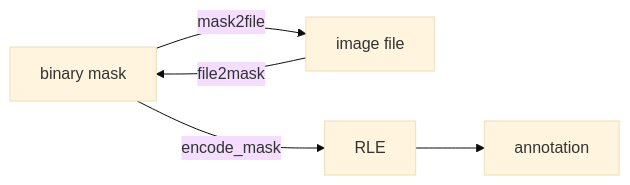
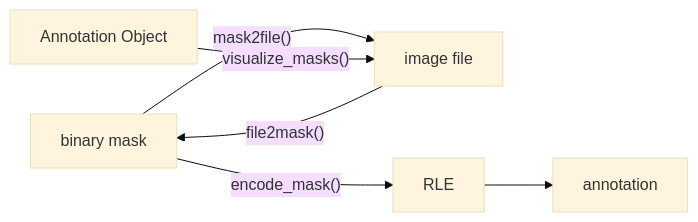
The diagram in README.md (BuckyI/anootation-tools), drawn with Mermaid (base theme) before and after one commit. The commit also changed other lines of this file and 2 other files, not shown here.

````diff
--- a/README.md
+++ b/README.md
@@ -22,6 +24,7 @@
 ```mermaid
 graph LR
-1[binary mask]-->|mask2file|2[image file]-->|file2mask|1
-1-->|encode_mask|3[RLE]
+1[binary mask]-->|"mask2file()"|2[image file]-->|"file2mask()"|1
+1-->|"encode_mask()"|3[RLE]
 3-->4[annotation]
+5[Annotation Object]-->|"visualize_masks()"|2
 ```
````
